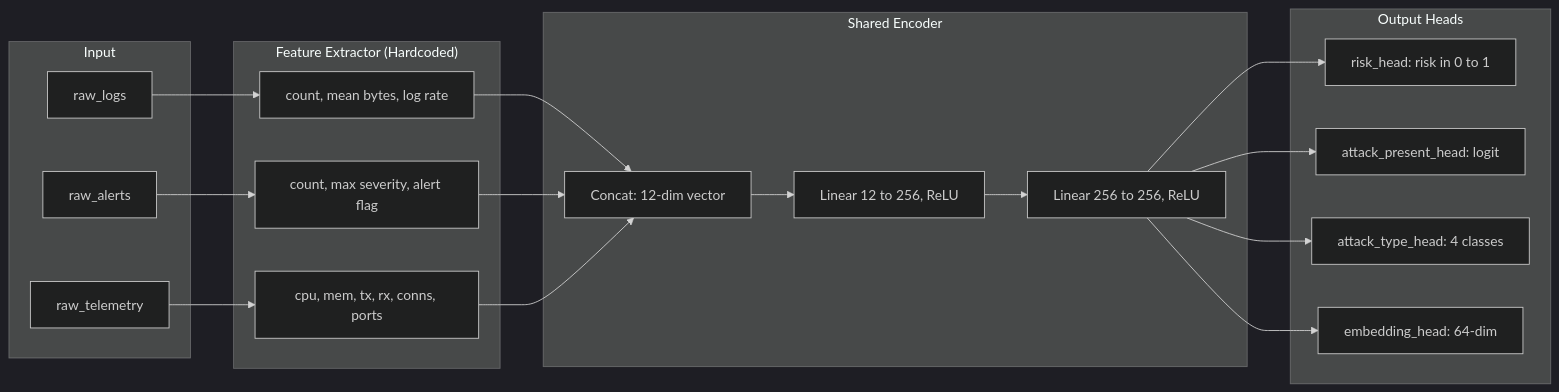
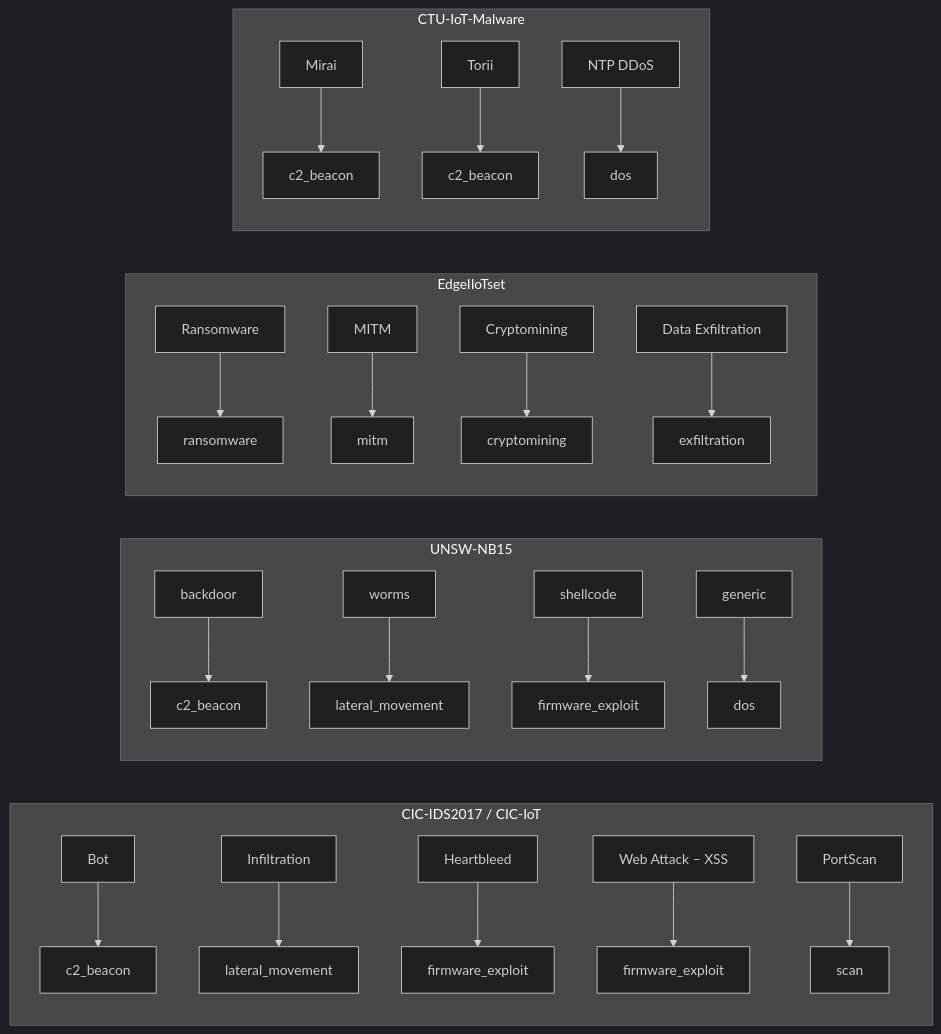
Before and after one commit to didi-09/AI_DRIVEN_SOAR: the fourth of 14 diagrams in README.md, drawn with Mermaid (dark theme). The commit also changed other lines of this file, not shown here.

````diff
--- a/README.md
+++ b/README.md
@@ -76,27 +159,30 @@
 ```mermaid
 flowchart LR
-    subgraph Input
-        L["raw_logs"]
-        A["raw_alerts"]
-        T["raw_telemetry"]
+    subgraph CIC["CIC-IDS2017 / CIC-IoT"]
+        c1["Bot"] --> lb5["c2_beacon"]
+        c2["Infiltration"] --> lb6["lateral_movement"]
+        c3["Heartbleed"] --> lb9["firmware_exploit"]
+        c4["Web Attack – XSS"] --> lb9b["firmware_exploit"]
+        c5["PortScan"] --> lb1["scan"]
     end
 
-    subgraph Extractor["Feature Extractor (Hardcoded)"]
-        L --> FE1["count, mean bytes, log rate"]
-        A --> FE2["count, max severity, alert flag"]
-        T --> FE3["cpu, mem, tx, rx, conns, ports"]
+    subgraph UNSW["UNSW-NB15"]
+        u1["backdoor"] --> lb5b["c2_beacon"]
+        u2["worms"] --> lb6b["lateral_movement"]
+        u3["shellcode"] --> lb9c["firmware_exploit"]
+        u4["generic"] --> lb3["dos"]
     end
 
-    subgraph MLP["Shared Encoder"]
-        FE1 & FE2 & FE3 --> CAT["Concat: 12-dim vector"]
-        CAT --> L1["Linear 12 to 256, ReLU"]
-        L1 --> L2["Linear 256 to 256, ReLU"]
+    subgraph EDGE["EdgeIIoTset"]
+        e1["Ransomware"] --> lb8["ransomware"]
+        e2["MITM"] --> lb4["mitm"]
+        e3["Cryptomining"] --> lb10["cryptomining"]
+        e4["Data Exfiltration"] --> lb7["exfiltration"]
     end
 
-    subgraph Heads["Output Heads"]
-        L2 --> H1["risk_head: risk in 0 to 1"]
-        L2 --> H2["attack_present_head: logit"]
-        L2 --> H3["attack_type_head: 4 classes"]
-        L2 --> H4["embedding_head: 64-dim"]
+    subgraph CTU["CTU-IoT-Malware"]
+        t1["Mirai"] --> lb5c["c2_beacon"]
+        t2["Torii"] --> lb5d["c2_beacon"]
+        t3["NTP DDoS"] --> lb3b["dos"]
     end
 ```
````
